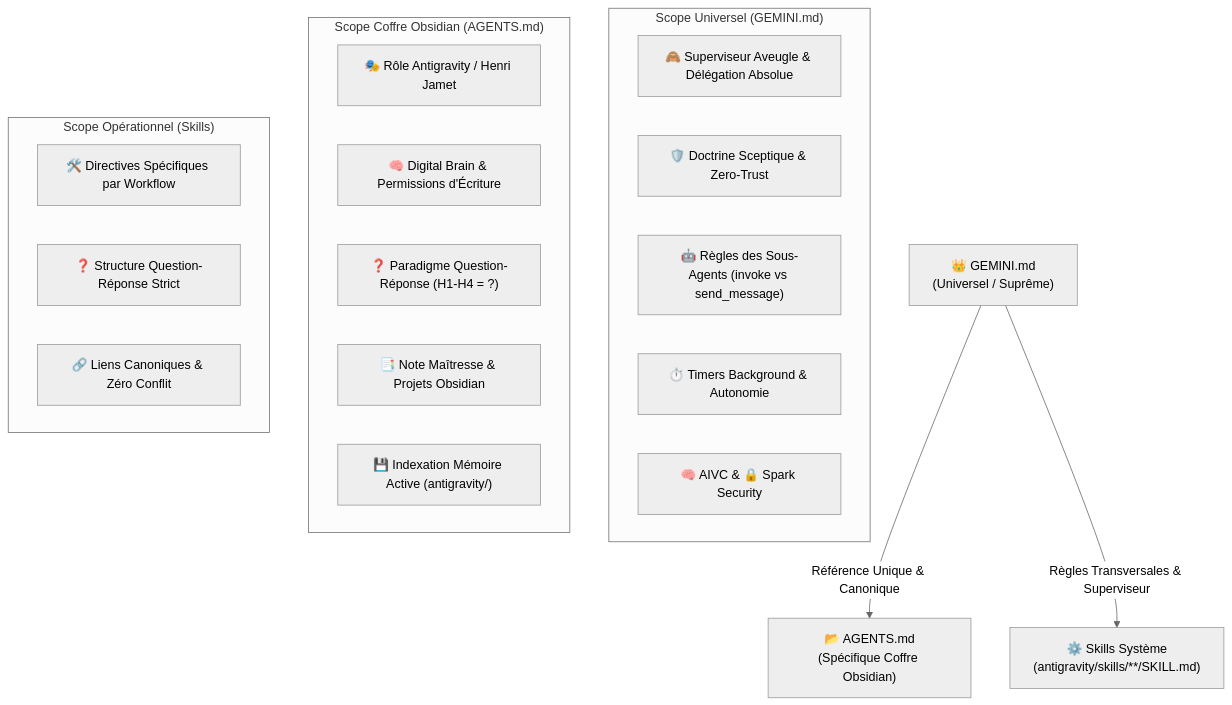
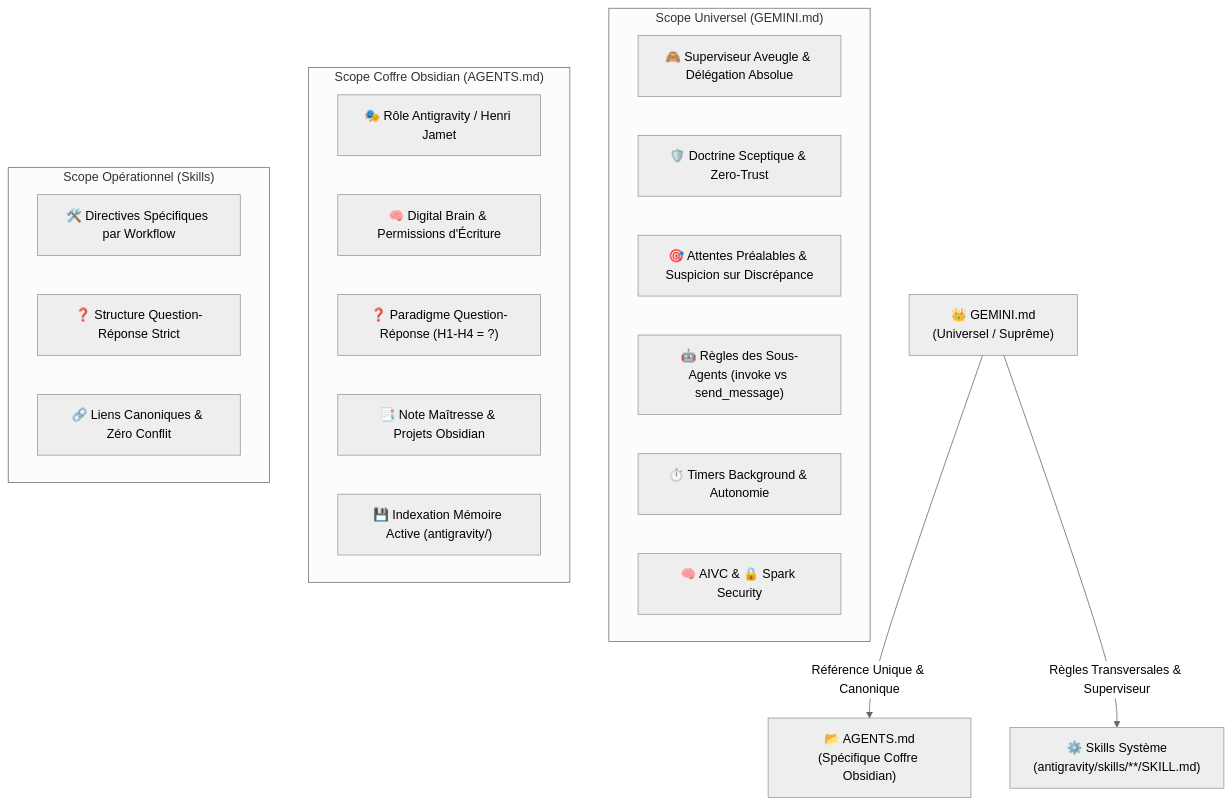
One commit to hjamet/cursor-memory-bank changed the first of 2 diagrams in src/skills/reflect/SKILL.md. Above: the diagram before and after it, drawn with Mermaid (neutral theme). The commit also changed other lines of this file and 1 other file, not shown here.

Commit message:
feat(rules): integrate expectation-first and discrepancy-triggered suspicion protocol

````diff
--- a/src/skills/reflect/SKILL.md
+++ b/src/skills/reflect/SKILL.md
@@ -21,27 +22,28 @@
 ```mermaid
 graph TD
     A["👑 GEMINI.md<br/>(Universel / Suprême)"] -->|Référence Unique & Canonique| B["📂 AGENTS.md<br/>(Spécifique Coffre Obsidian)"]
     A -->|Règles Transversales & Superviseur| C["⚙️ Skills Système<br/>(antigravity/skills/**/SKILL.md)"]
     
     subgraph "Scope Universel (GEMINI.md)"
         A1["🙈 Superviseur Aveugle & Délégation Absolue"]
         A2["🛡️ Doctrine Sceptique & Zero-Trust"]
-        A3["🤖 Règles des Sous-Agents (invoke vs send_message)"]
-        A4["⏱️ Timers Background & Autonomie"]
-        A5["🧠 AIVC & 🔒 Spark Security"]
+        A3["🎯 Attentes Préalables & Suspicion sur Discrépance"]
+        A4["🤖 Règles des Sous-Agents (invoke vs send_message)"]
+        A5["⏱️ Timers Background & Autonomie"]
+        A6["🧠 AIVC & 🔒 Spark Security"]
     end
     
     subgraph "Scope Coffre Obsidian (AGENTS.md)"
         B1["🎭 Rôle Antigravity / Henri Jamet"]
         B2["🧠 Digital Brain & Permissions d'Écriture"]
         B3["❓ Paradigme Question-Réponse (H1-H4 = ?)"]
         B4["📑 Note Maîtresse & Projets Obsidian"]
         B5["💾 Indexation Mémoire Active (antigravity/)"]
     end
     
     subgraph "Scope Opérationnel (Skills)"
         C1["🛠️ Directives Spécifiques par Workflow"]
         C2["❓ Structure Question-Réponse Strict"]
         C3["🔗 Liens Canoniques & Zéro Conflit"]
     end
 ```
````
